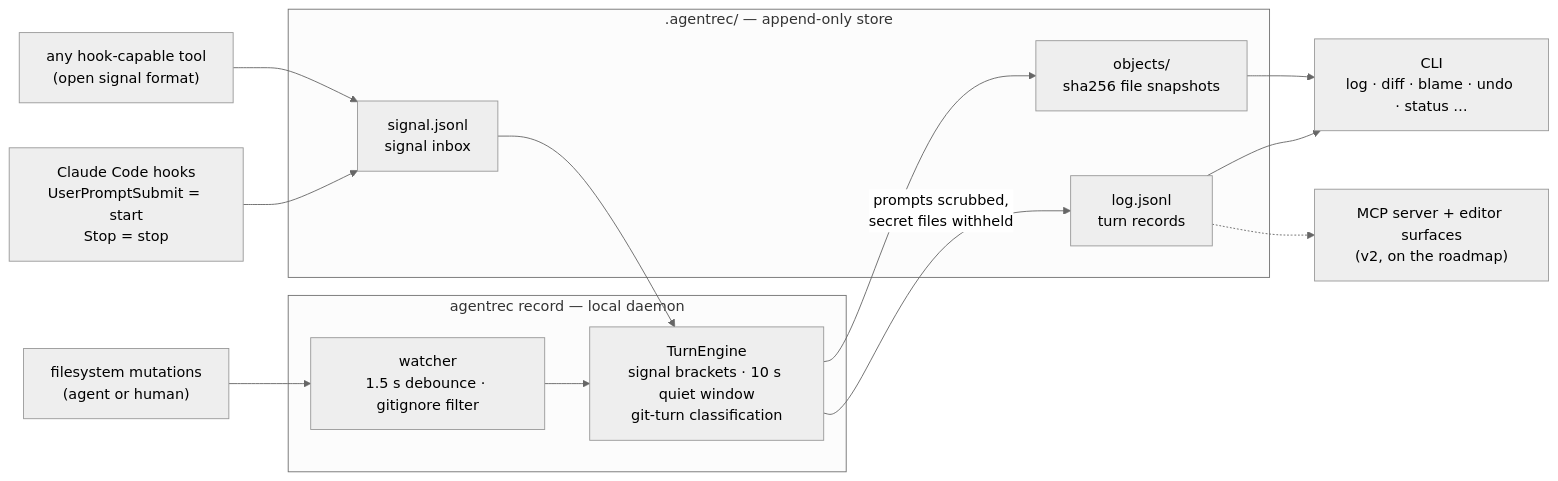
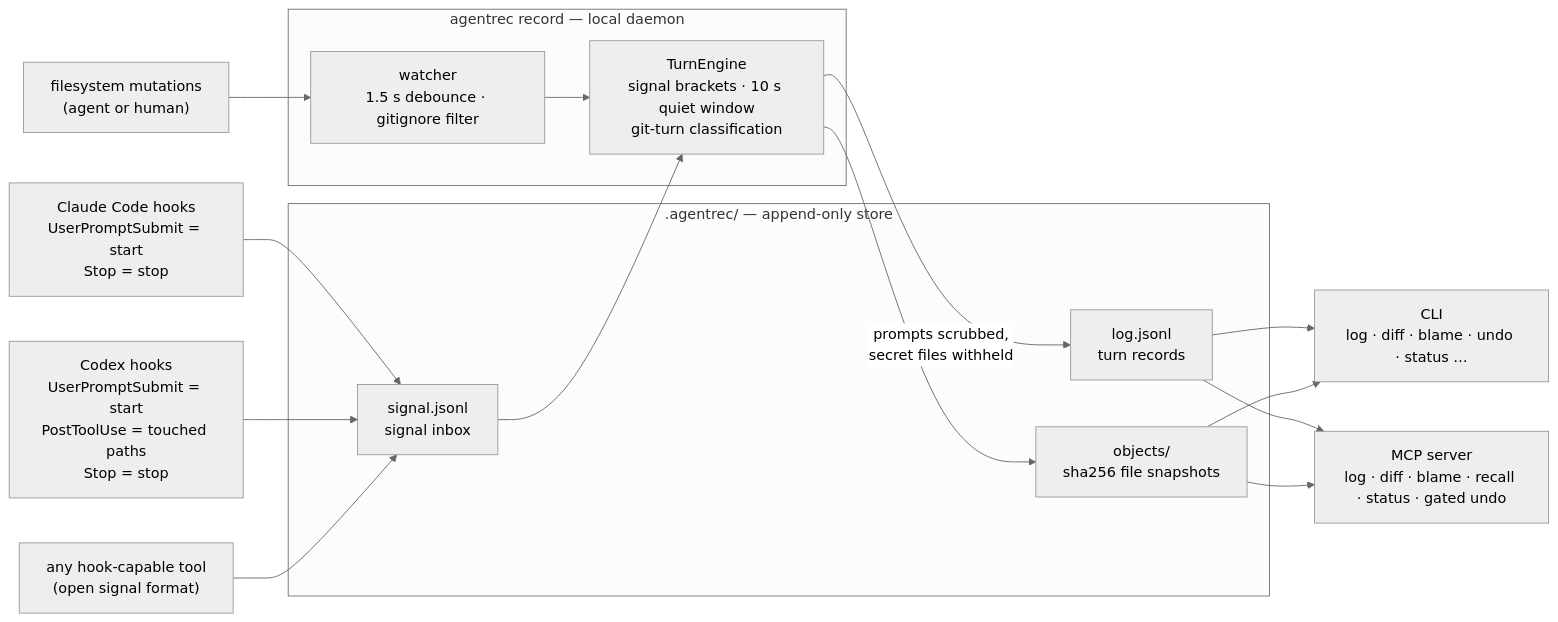
Before and after one commit to ravi1395/agentrec: the diagram in README.md, drawn with Mermaid (neutral theme). The commit also changed other lines of this file and 19 other files, not shown here.

````diff
--- a/README.md
+++ b/README.md
@@ -113,27 +120,30 @@
 ```mermaid
 flowchart LR
     CC["Claude Code hooks<br/>UserPromptSubmit = start<br/>Stop = stop"]
+    CX["Codex hooks<br/>UserPromptSubmit = start<br/>PostToolUse = touched paths<br/>Stop = stop"]
     ANY["any hook-capable tool<br/>(open signal format)"]
     FS["filesystem mutations<br/>(agent or human)"]
     subgraph AG[".agentrec/ — append-only store"]
         SIG["signal.jsonl<br/>signal inbox"]
         LOG["log.jsonl<br/>turn records"]
         OBJ["objects/<br/>sha256 file snapshots"]
     end
     subgraph D["agentrec record — local daemon"]
         W["watcher<br/>1.5 s debounce · gitignore filter"]
         TE["TurnEngine<br/>signal brackets · 10 s quiet window<br/>git-turn classification"]
     end
     CLI["CLI<br/>log · diff · blame · undo · status …"]
-    MCP["MCP server + editor surfaces<br/>(v2, on the roadmap)"]
+    MCP["MCP server<br/>log · diff · blame · recall · status · gated undo"]
 
     CC --> SIG
+    CX --> SIG
     ANY --> SIG
     SIG --> TE
     FS --> W --> TE
     TE -->|"prompts scrubbed,<br/>secret files withheld"| LOG
     TE --> OBJ
     LOG --> CLI
     OBJ --> CLI
-    LOG -.-> MCP
+    LOG --> MCP
+    OBJ --> MCP
 ```
````
